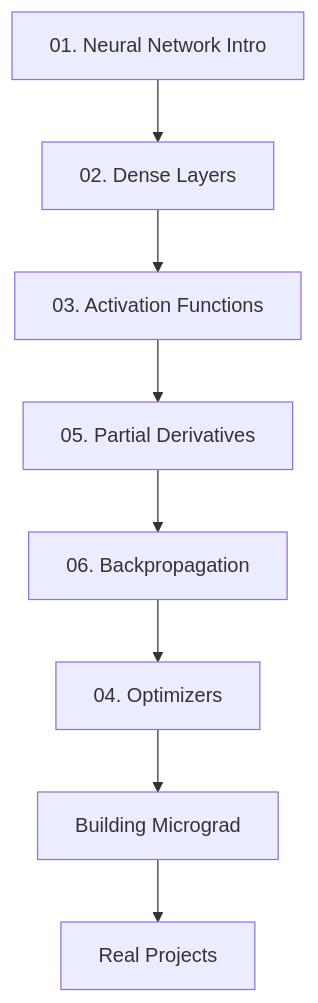
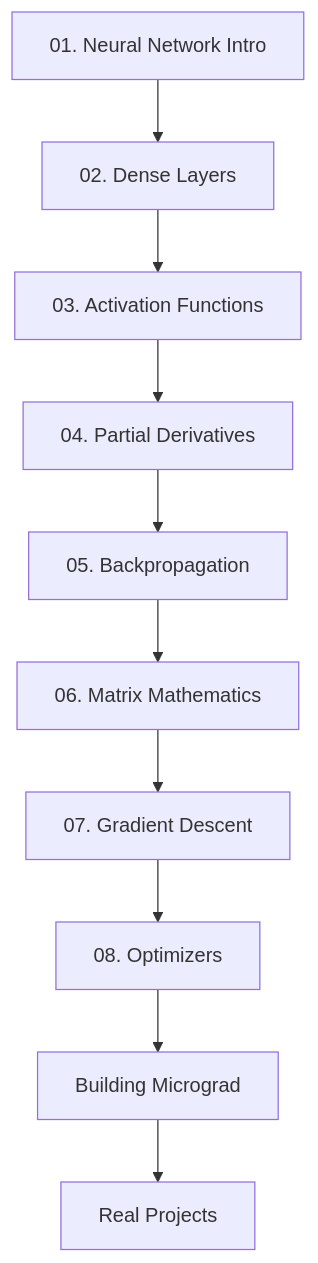
One commit to Ananddd06/Neural_Networks_from_Scratch changed the diagram in README.md. Above: the diagram before and after it, drawn with Mermaid. The commit also changed other lines of this file, not shown here.

````diff
--- a/README.md
+++ b/README.md
@@ -270,10 +358,12 @@
 ```mermaid
 graph TD
     A[01. Neural Network Intro] --> B[02. Dense Layers]
     B --> C[03. Activation Functions]
-    C --> D[05. Partial Derivatives]
-    D --> E[06. Backpropagation]
-    E --> F[04. Optimizers]
-    F --> G[Building Micrograd]
-    G --> H[Real Projects]
+    C --> D[04. Partial Derivatives]
+    D --> E[05. Backpropagation]
+    E --> F[06. Matrix Mathematics]
+    F --> G[07. Gradient Descent]
+    G --> H[08. Optimizers]
+    H --> I[Building Micrograd]
+    I --> J[Real Projects]
 ```
````
